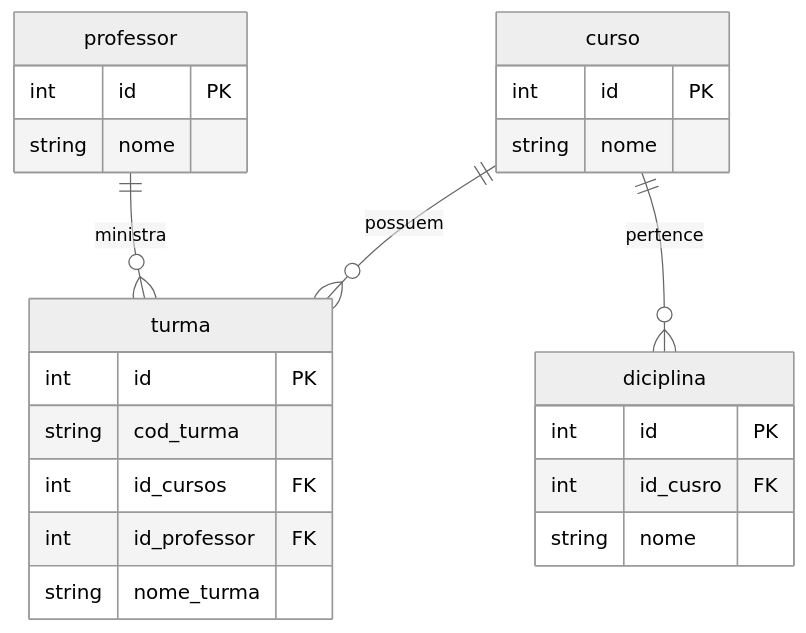
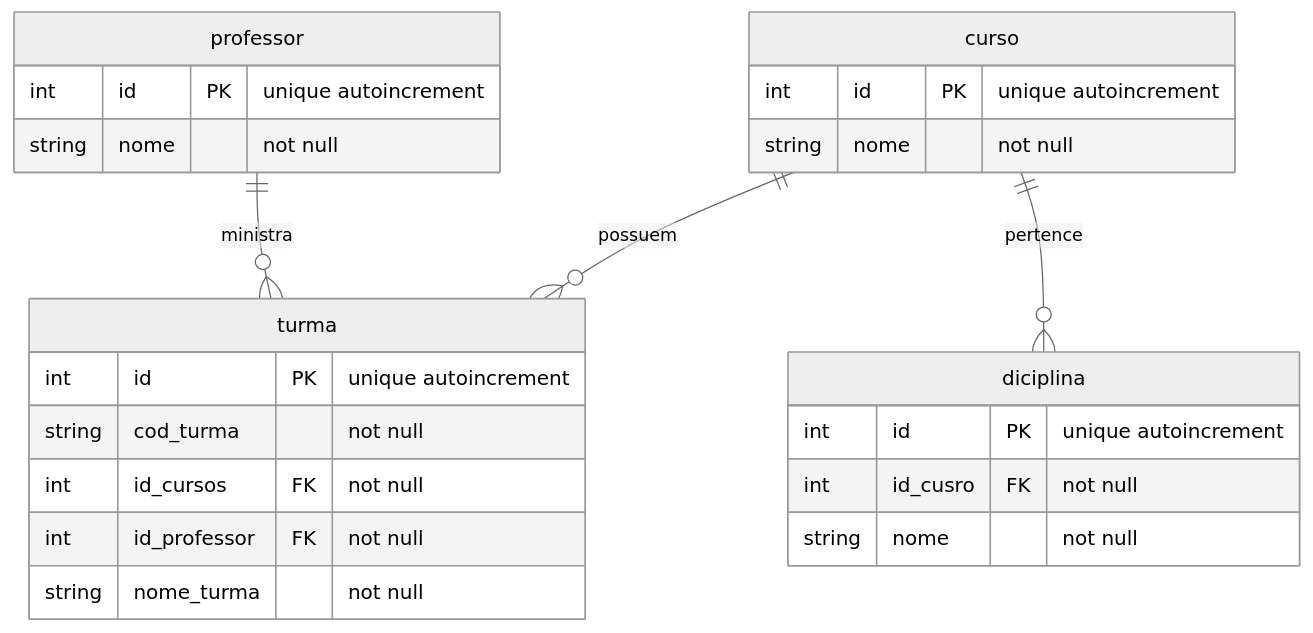
The first of 2 diagrams in exercicios/ex4.md (joaorbm09/banco_de_dados), drawn with Mermaid (neutral theme) before and after one commit. The commit also changed 4 other files, not shown here.

````diff
--- a/exercicios/ex4.md
+++ b/exercicios/ex4.md
@@ -4,27 +4,27 @@
 ```mermaid
 erDiagram
     professor{
-        int id PK
-        string nome
+        int id PK "unique autoincrement"
+        string nome "not null"
     }
     diciplina{
-        int id PK
-        int id_cusro FK
-        string nome
+        int id PK "unique autoincrement"
+        int id_cusro FK "not null"
+        string nome "not null"
     }
     turma{
-        int id PK
-        string cod_turma
-        int id_cursos FK
-        int id_professor FK
-        string nome_turma
+        int id PK "unique autoincrement"
+        string cod_turma "not null"
+        int id_cursos FK "not null"
+        int id_professor FK "not null"
+        string nome_turma "not null"
     }
     curso{
-        int id PK
-        string nome
+        int id PK "unique autoincrement"
+        string nome "not null"
     }
 curso ||--o{diciplina:"pertence"
 professor ||--o{turma:"ministra"
 curso ||--o{turma:"possuem"
 
 ```
````
